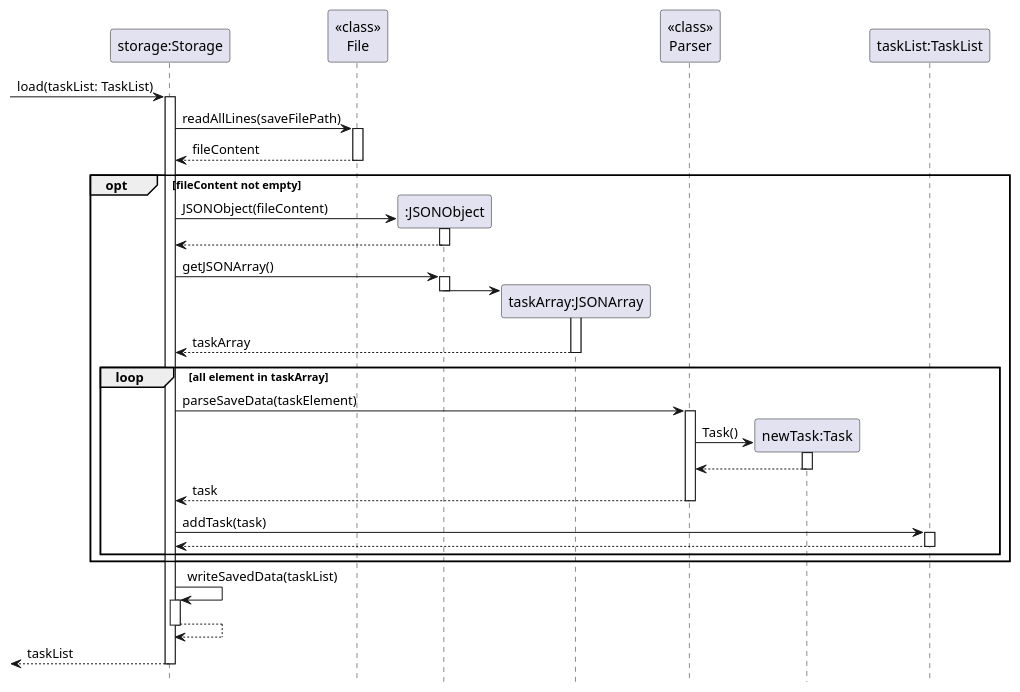
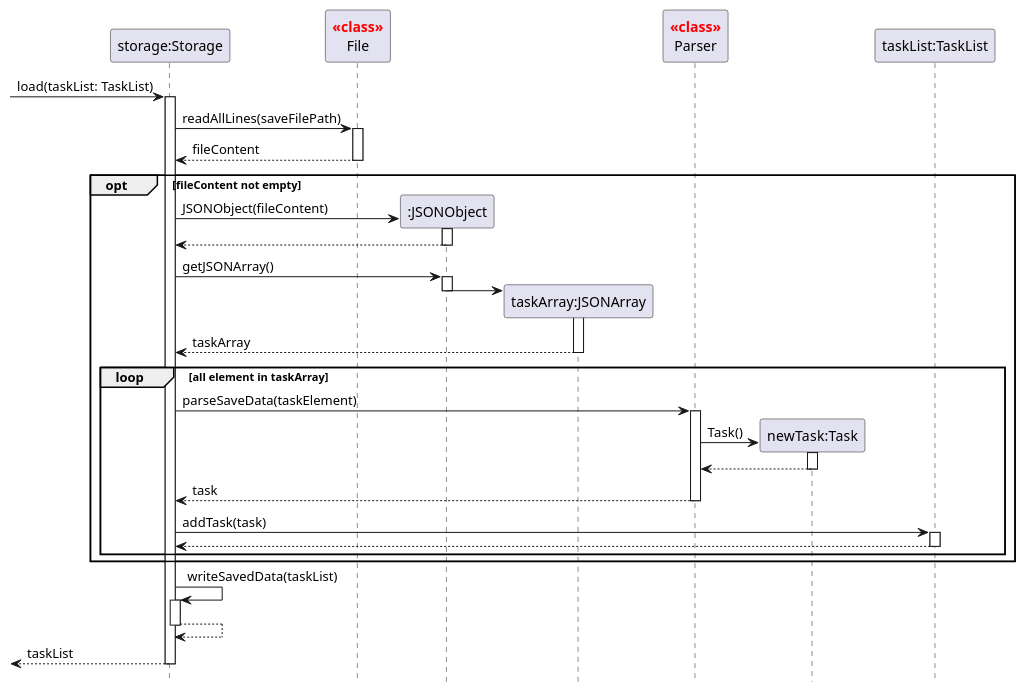
Before and after one commit to nus-cs2113-AY2122S2/tp: the diagram in docs/puml/StorageLoadSD.puml, drawn with PlantUML. The commit also changed 3 other files, not shown here.

Commit message:
Add color to class tag for sequence diagrams

```diff
--- a/docs/puml/StorageLoadSD.puml
+++ b/docs/puml/StorageLoadSD.puml
@@ -1,49 +1,49 @@
 @startuml
 'https://plantuml.com/sequence-diagram
 
 hide footbox
 participant Storage as "storage:Storage"
-participant File as "<<class>>\nFile"
+participant File as "<font color=red>**<<class>>**\nFile"
 participant JSONObject as ":JSONObject"
 participant JSONArray as "taskArray:JSONArray"
-participant Parser as "<<class>>\nParser"
+participant Parser as "<font color=red>**<<class>>**\nParser"
 participant Task as "newTask:Task"
 participant List as "taskList:TaskList"
 
 [-> Storage ++: load(taskList: TaskList)
 
 Storage -> File as "<<class>>\nFile" ++: readAllLines(saveFilePath)
 
 File --> Storage --: fileContent
 
 opt fileContent not empty
     create JSONObject
     Storage -> JSONObject ++: JSONObject(fileContent)
     JSONObject --> Storage --:
 
     Storage -> JSONObject ++:getJSONArray()
 
     create JSONArray
     JSONObject -> JSONArray ++:
     deactivate JSONObject
 
     JSONArray --> Storage --: taskArray
 
     loop all element in taskArray
         Storage -> Parser ++: parseSaveData(taskElement)
 
         create Task
         Parser -> Task ++: Task()
 
         Task --> Parser --
 
         Parser --> Storage --: task
 
         Storage -> List ++: addTask(task)
         List --> Storage --
     end
 end
 Storage -> Storage ++ : writeSavedData(taskList)
 Storage --> Storage --
 return taskList
 @enduml
```
